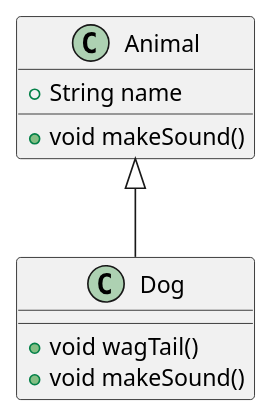
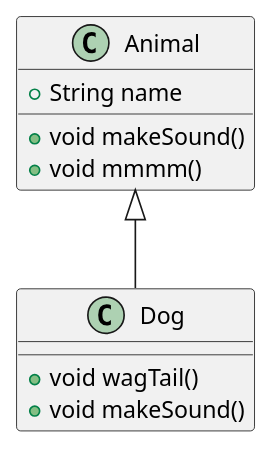
One commit to kangsinu617/mymy changed the diagram in diagram.puml. Above: the diagram before and after it, drawn with PlantUML.

```diff
--- a/diagram.puml
+++ b/diagram.puml
@@ -1,13 +1,14 @@
 @startuml
 class Animal {
   +String name
   +void makeSound()
+  +void mmmm()
 }
 
 class Dog {
   +void wagTail()
   +void makeSound()
 }
 
 Animal <|-- Dog
 @enduml
```
